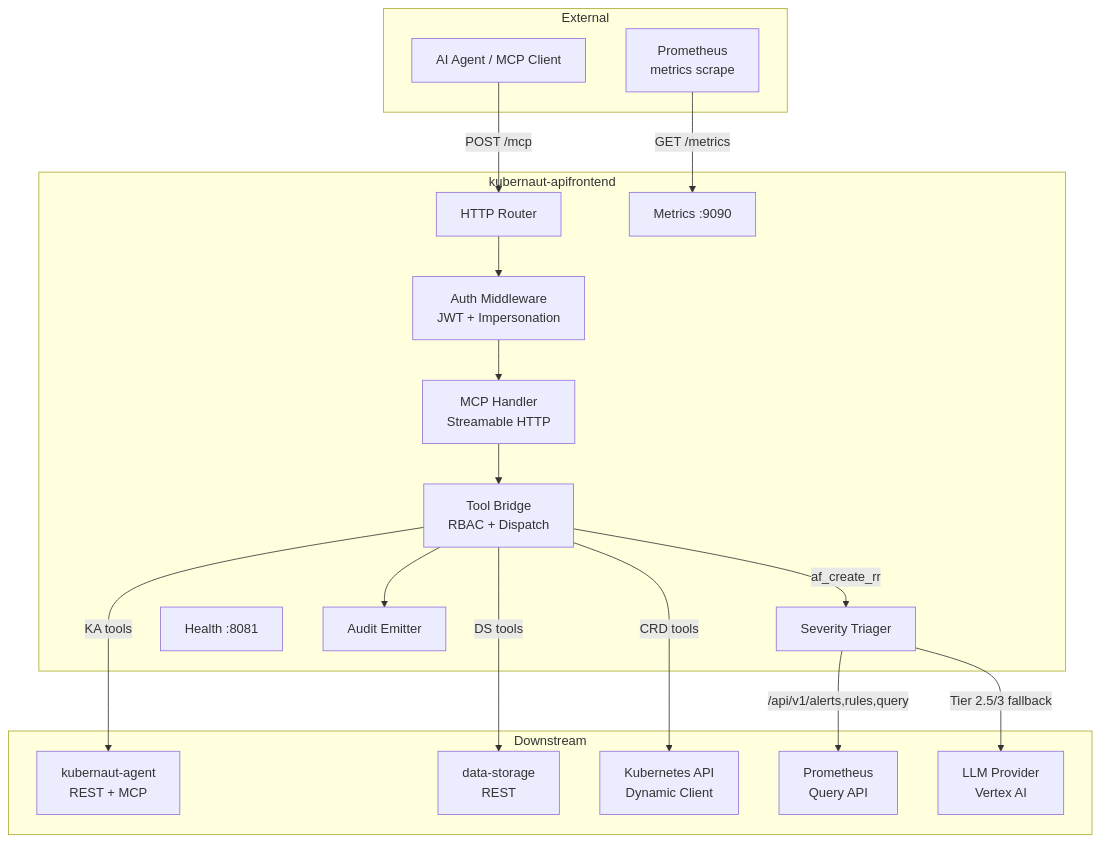
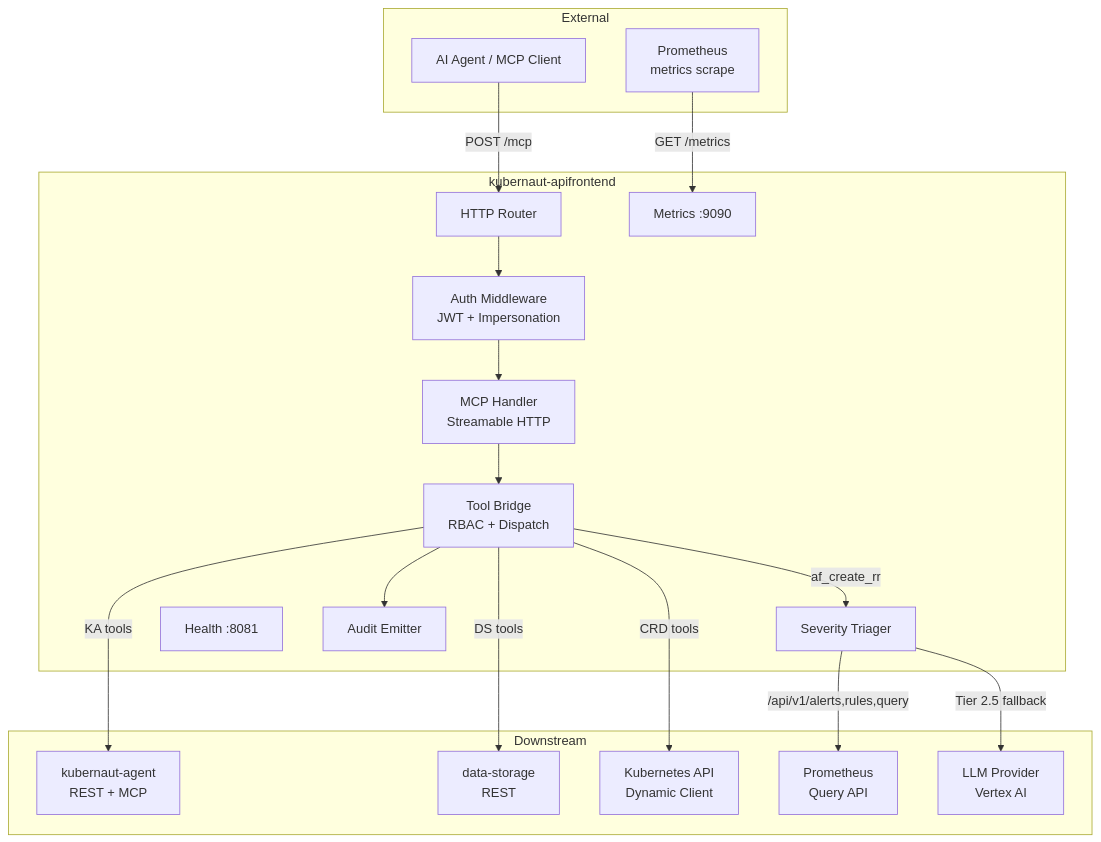
One commit to jordigilh/kubernaut changed the first of 3 diagrams in docs/services/apifrontend/design/DATA_FLOW.md. Above: the diagram before and after it, drawn with Mermaid. The commit also changed 3 other files, not shown here.

````diff
--- a/docs/services/apifrontend/design/DATA_FLOW.md
+++ b/docs/services/apifrontend/design/DATA_FLOW.md
@@ -5,39 +5,39 @@
 ```mermaid
 graph TB
     subgraph External
         Agent[AI Agent / MCP Client]
         PromScrape[Prometheus<br/>metrics scrape]
     end
 
     subgraph kubernaut-apifrontend
         Router[HTTP Router]
         Auth[Auth Middleware<br/>JWT + Impersonation]
         MCP[MCP Handler<br/>Streamable HTTP]
         Bridge[Tool Bridge<br/>RBAC + Dispatch]
         Triager[Severity Triager]
         Metrics[Metrics :9090]
         Health[Health :8081]
         Audit[Audit Emitter]
     end
 
     subgraph Downstream
         KA[kubernaut-agent<br/>REST + MCP]
         DS[data-storage<br/>REST]
         K8s[Kubernetes API<br/>Dynamic Client]
         PromAPI[Prometheus<br/>Query API]
         LLMProv[LLM Provider<br/>Vertex AI]
     end
 
     Agent -->|POST /mcp| Router
     Router --> Auth
     Auth --> MCP
     MCP --> Bridge
     Bridge -->|CRD tools| K8s
     Bridge -->|KA tools| KA
     Bridge -->|DS tools| DS
     Bridge -->|af_create_rr| Triager
     Triager -->|/api/v1/alerts,rules,query| PromAPI
-    Triager -->|Tier 2.5/3 fallback| LLMProv
+    Triager -->|Tier 2.5 fallback| LLMProv
     Bridge --> Audit
     PromScrape -->|GET /metrics| Metrics
 ```
````
